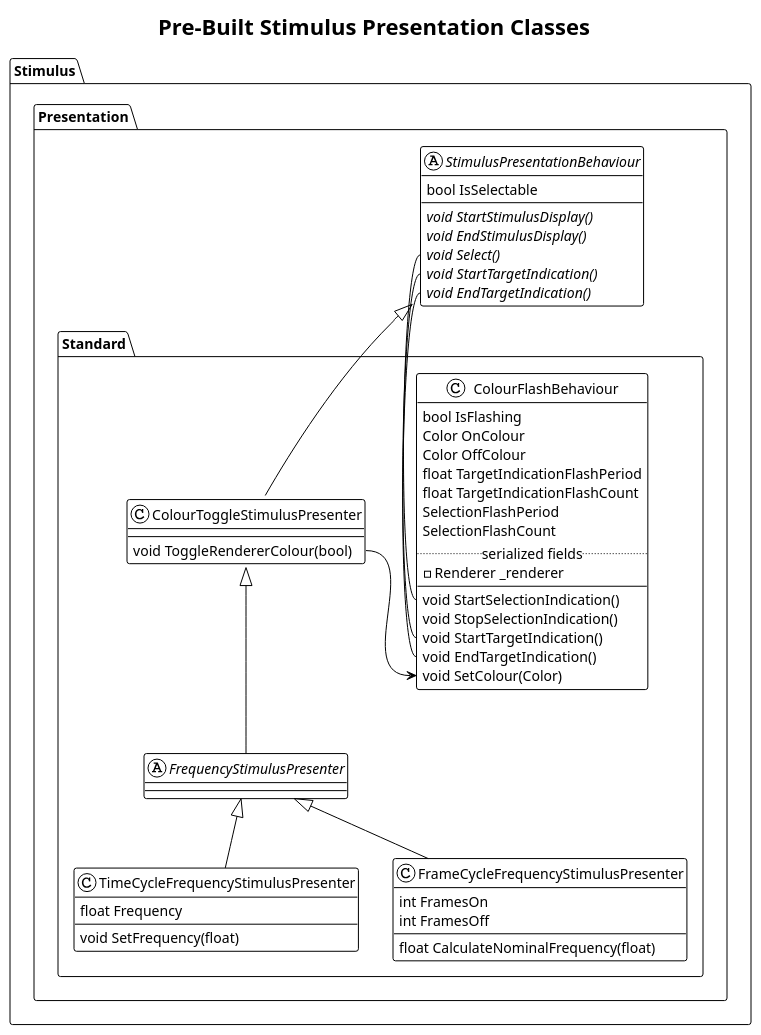
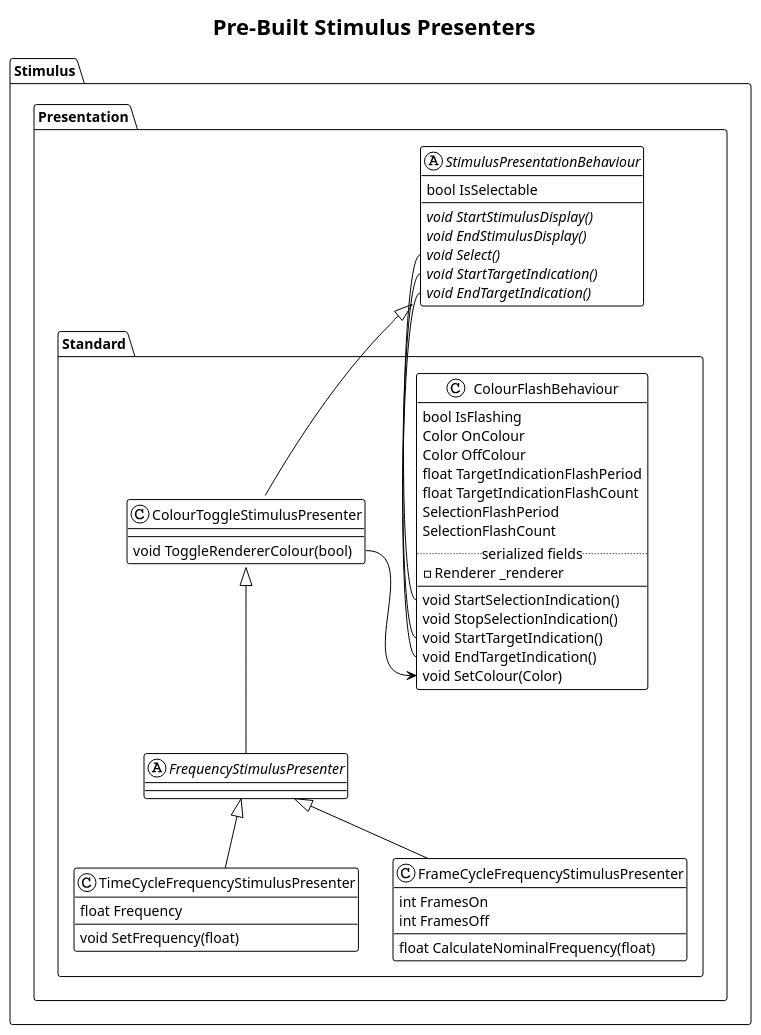
The diagram in content/bessy-unity/stimulus/presentation/standard-stimulus-presentation.plantuml (BCI-Games/bessy-docs), drawn with PlantUML before and after one commit. The commit also changed 2 other files, not shown here.

```diff
--- a/content/bessy-unity/stimulus/presentation/standard-stimulus-presentation.plantuml
+++ b/content/bessy-unity/stimulus/presentation/standard-stimulus-presentation.plantuml
@@ -1,67 +1,67 @@
 @startuml standard-stimulus-presentation
 !theme plain
 title
-Pre-Built Stimulus Presentation Classes
+Pre-Built Stimulus Presenters
 end title
 
 
 namespace Stimulus {
     namespace Presentation {
         abstract StimulusPresentationBehaviour {
             bool IsSelectable
             {abstract} void StartStimulusDisplay()
             {abstract} void EndStimulusDisplay()
             {abstract} void Select()
             {abstract} void StartTargetIndication()
             {abstract} void EndTargetIndication()
         }
 
         StimulusPresentationBehaviour::Select -- Standard.ColourFlashBehaviour::StartSelectionIndication
         StimulusPresentationBehaviour::StartTargetIndication -- Standard.ColourFlashBehaviour::StartTargetIndication
         StimulusPresentationBehaviour::EndTargetIndication -- Standard.ColourFlashBehaviour::EndTargetIndication
 
         namespace Standard {
             class ColourFlashBehaviour {
                 bool IsFlashing
                 Color OnColour
                 Color OffColour
                 float TargetIndicationFlashPeriod
                 float TargetIndicationFlashCount
                 SelectionFlashPeriod
                 SelectionFlashCount
                 ..serialized fields..
                 - Renderer _renderer
                 --
                 void StartSelectionIndication()
                 void StopSelectionIndication()
                 void StartTargetIndication()
                 void EndTargetIndication()
                 void SetColour(Color)
             }
 
             class ColourToggleStimulusPresenter extends .Stimulus.Presentation.StimulusPresentationBehaviour {
                 void ToggleRendererColour(bool)
             }
             ColourToggleStimulusPresenter::ToggleRendererColour -> ColourFlashBehaviour::SetColour
 
             abstract FrequencyStimulusPresenter extends ColourToggleStimulusPresenter
 
             class TimeCycleFrequencyStimulusPresenter extends FrequencyStimulusPresenter {
                 float Frequency
                 void SetFrequency(float)
             }
             class FrameCycleFrequencyStimulusPresenter extends FrequencyStimulusPresenter {
                 int FramesOn
                 int FramesOff
                 float CalculateNominalFrequency(float)
             }
         }
     }
 }
 
 together {
     abstract Stimulus.Presentation.StimulusPresentationBehaviour
     class Stimulus.Presentation.Standard.ColourFlashBehaviour
 }
 
 @enduml
```
